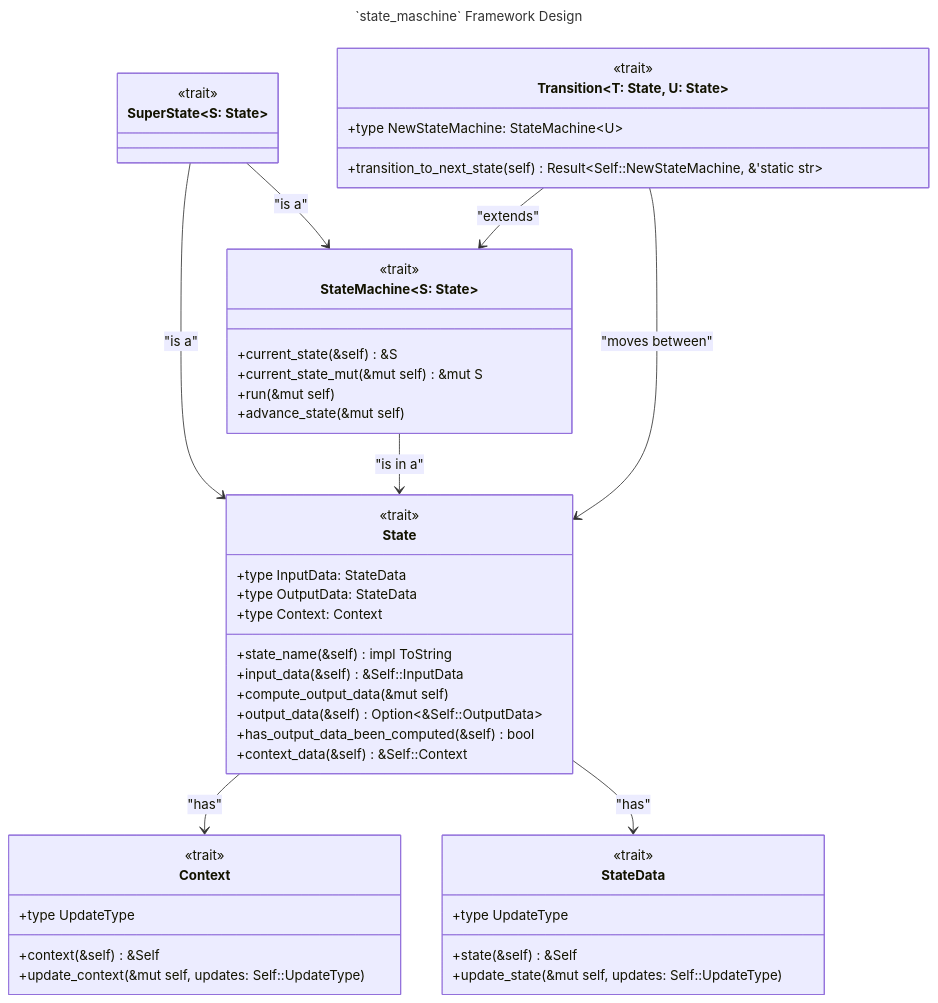
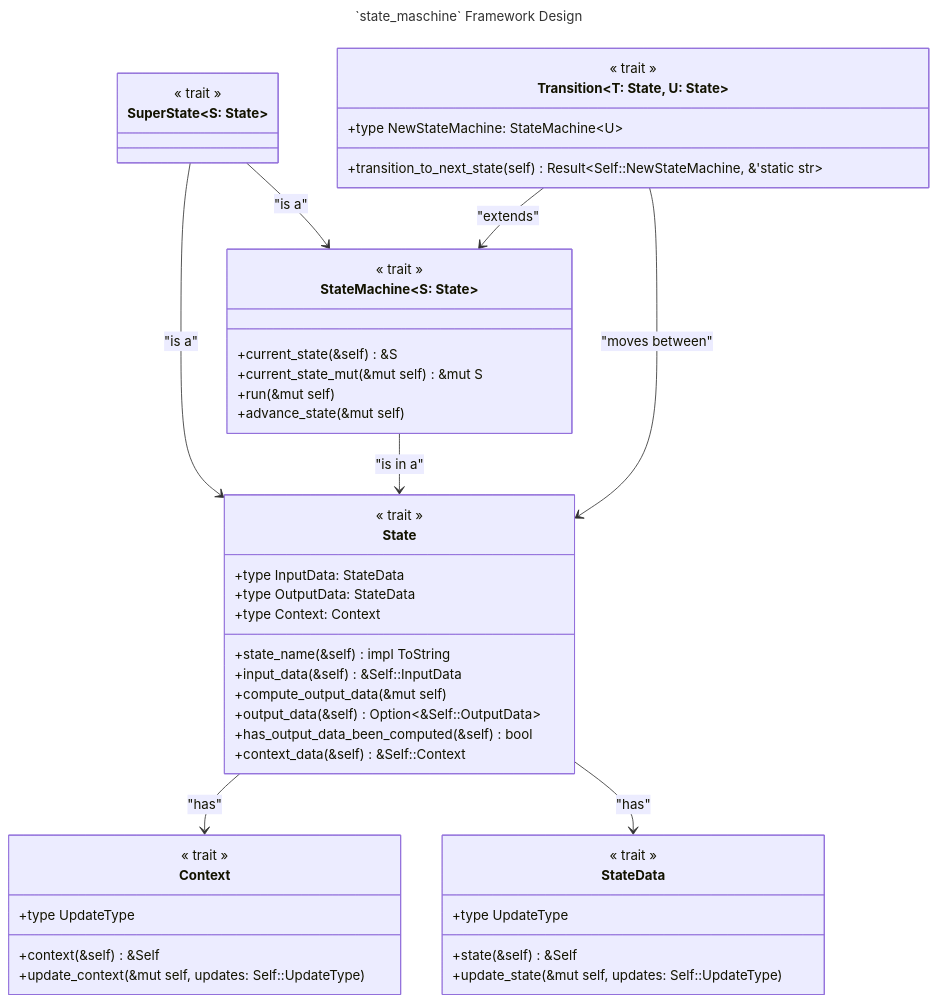
Before and after one commit to ironcapitaleu/arkad: the diagram in state_machine/design/uml_class_diagram/state_machine_framework_design.md, drawn with Mermaid. The commit also changed 3 other files, not shown here.

Commit message:
doc: use spaces to fix Mermaid rendering

```diff
--- a/state_machine/design/uml_class_diagram/state_machine_framework_design.md
+++ b/state_machine/design/uml_class_diagram/state_machine_framework_design.md
@@ -4,7 +4,7 @@
 ---
 classDiagram
     class StateMachine~S: State~{
-        <<trait>>
+        << trait >>
         %% This is a trait that represents a `StateMachine`.
 
         %% These are the trait methods that must be implemented by any `StateMachine`.
@@ -15,7 +15,7 @@
     }
 
     class State {
-        <<trait>>
+        << trait >>
         %% This is a trait that represents a `State` in the `StateMachine`.
 
         %% These are the associated types that represent the data associated with a `State`.
@@ -34,7 +34,7 @@
 
 
     class SuperState~S: State~ {
-        <<trait>>
+        << trait >>
         %% This is a trait that represents a `SuperState` in a hierarchical state machine.
         %% A `SuperState` must implement both `State` and `StateMachine<S>` traits.
 
@@ -42,7 +42,7 @@
     }
 
     class Transition~T: State, U: State~ {
-        <<trait>>
+        << trait >>
         %% This is a trait that represents a valid move from `State` T to `State` U.
         %% It extends `StateMachine<T>`: only a machine currently at T can perform it.
 
@@ -54,7 +54,7 @@
     }
 
     class Context {
-        <<trait>>
+        << trait >>
         %% This is a trait that defines the behavior and characteristics of context data that is available to a `State` in a `StateMachine`.
 
         %% Associated type for updates to the context data.
@@ -66,7 +66,7 @@
     }    
 
     class StateData {
-        <<trait>>
+        << trait >>
         %% This is a trait that defines the behavior and characteristics of internal state data of a `State` in a `StateMachine`.
 
         %% Associated type for updates to the internal state data.
```
